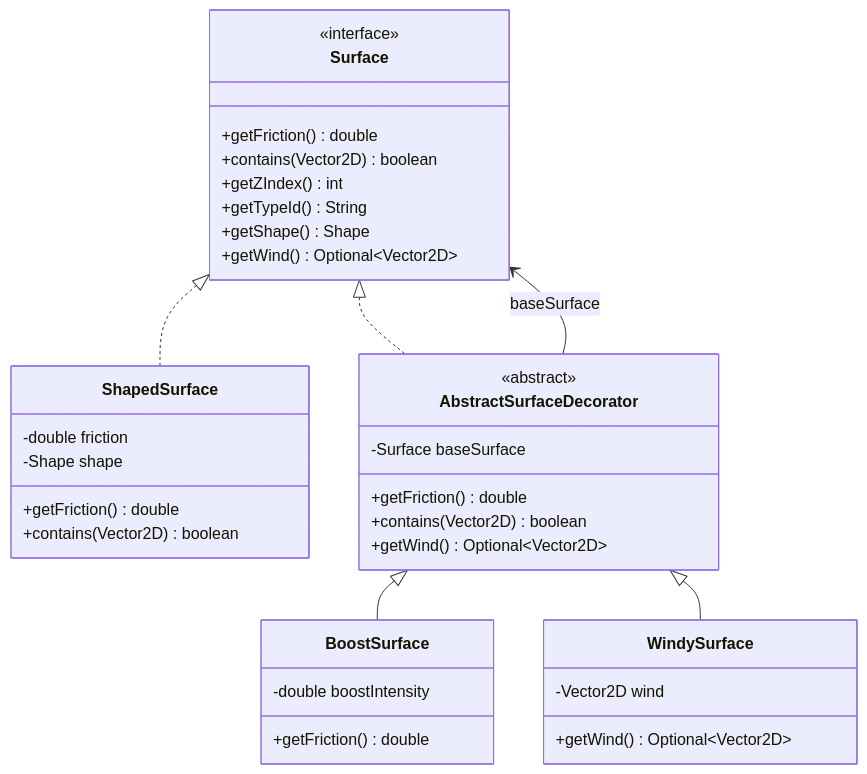
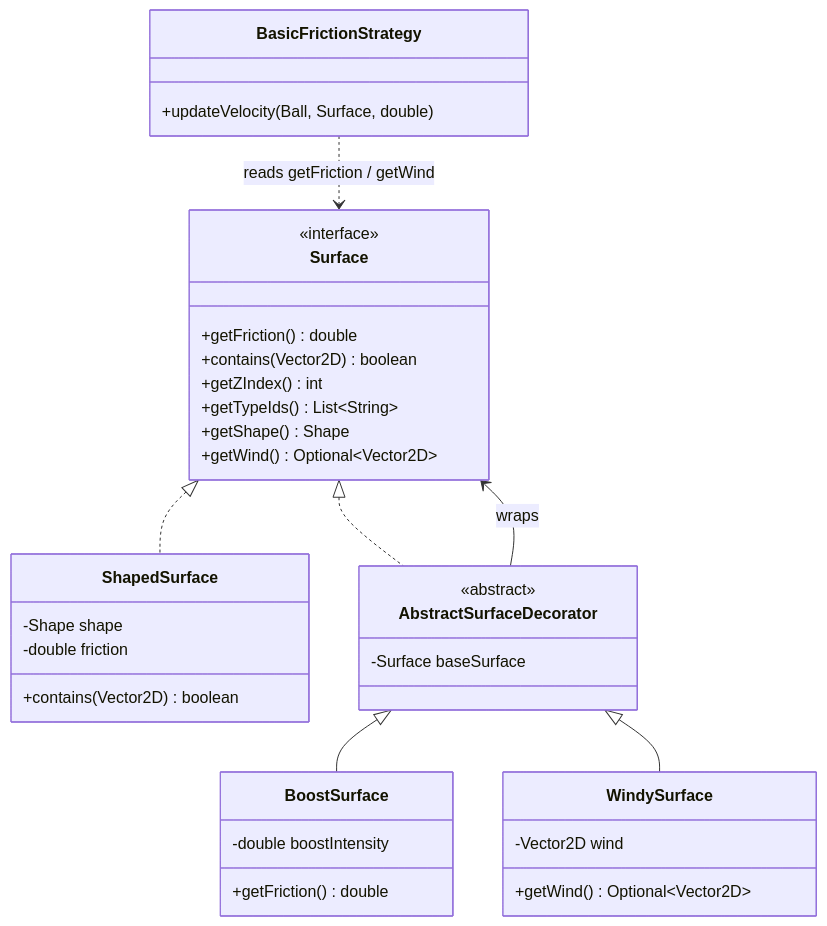
One commit to jjacomo/OOP25-mini-gOOlf changed the first of 8 diagrams in notes/report/report.md. Above: the diagram before and after it, drawn with Mermaid. The commit also changed other lines of this file and 2 other files, not shown here.

````diff
--- a/notes/report/report.md
+++ b/notes/report/report.md
@@ -73,39 +68,39 @@
 ```mermaid
 classDiagram
     class Surface {
         <<interface>>
         +getFriction() double
         +contains(Vector2D) boolean
         +getZIndex() int
-        +getTypeId() String
+        +getTypeIds() List~String~
         +getShape() Shape
         +getWind() Optional~Vector2D~
     }
     class ShapedSurface {
+        -Shape shape
         -double friction
-        -Shape shape
-        +getFriction() double
         +contains(Vector2D) boolean
     }
     class AbstractSurfaceDecorator {
         <<abstract>>
         -Surface baseSurface
-        +getFriction() double
-        +contains(Vector2D) boolean
-        +getWind() Optional~Vector2D~
     }
     class BoostSurface {
         -double boostIntensity
         +getFriction() double
     }
     class WindySurface {
         -Vector2D wind
         +getWind() Optional~Vector2D~
     }
+    class BasicFrictionStrategy {
+        +updateVelocity(Ball, Surface, double)
+    }
 
     Surface <|.. ShapedSurface
     Surface <|.. AbstractSurfaceDecorator
-    AbstractSurfaceDecorator --> Surface : baseSurface
+    AbstractSurfaceDecorator --> Surface : wraps
     AbstractSurfaceDecorator <|-- BoostSurface
     AbstractSurfaceDecorator <|-- WindySurface
+    BasicFrictionStrategy ..> Surface : reads getFriction / getWind
 ```
````
